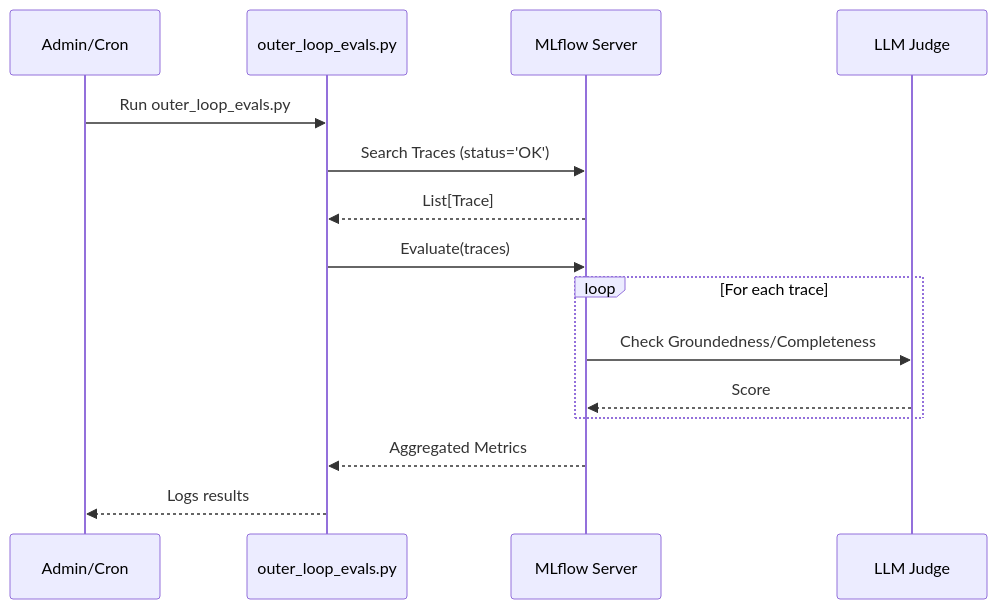
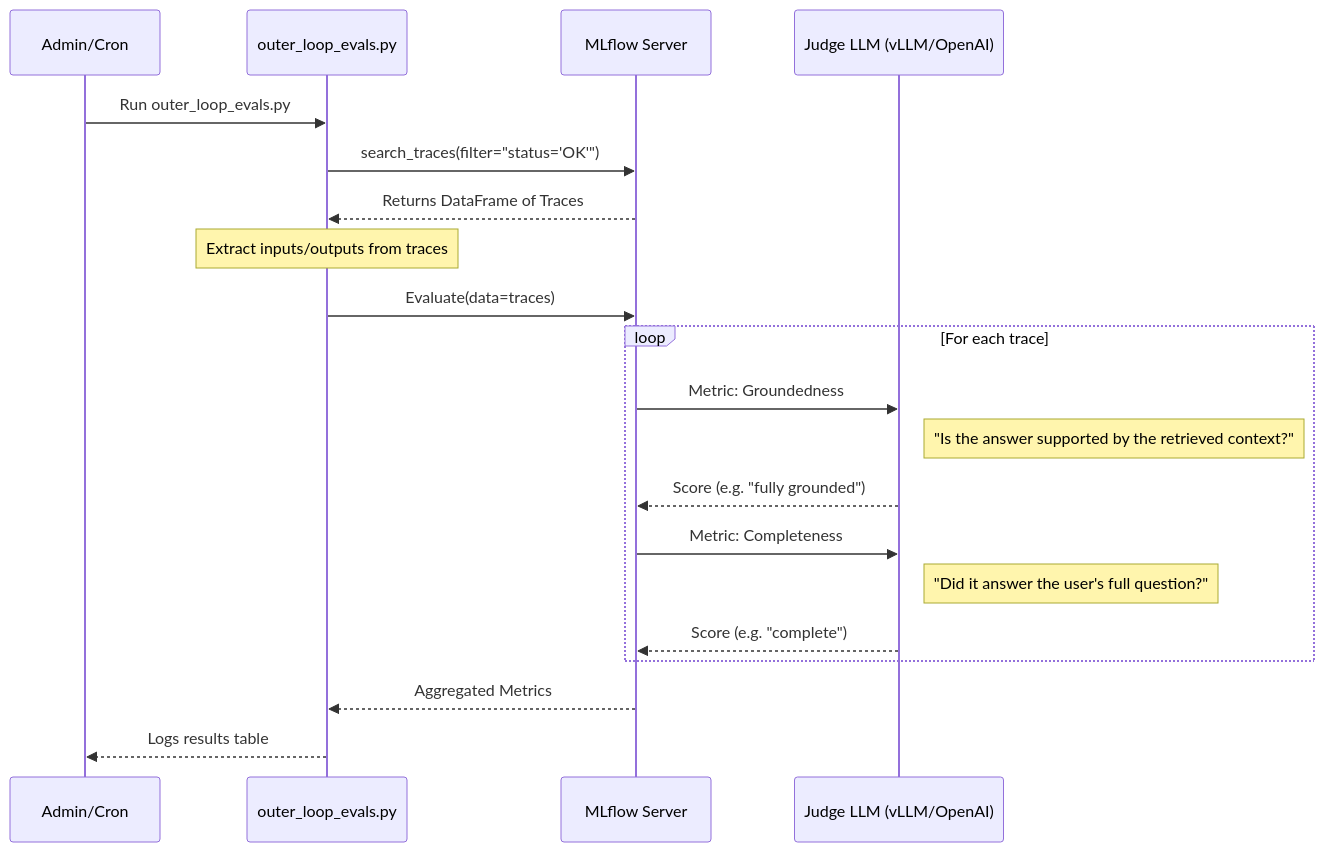
The fifth of 5 diagrams in README.md (briangallagher/demo_mlflow_agent_tracing), drawn with Mermaid before and after one commit. The commit also changed other lines of this file, not shown here.

````diff
--- a/README.md
+++ b/README.md
@@ -316,20 +323,28 @@
 ```mermaid
 sequenceDiagram
     participant User as Admin/Cron
     participant Script as outer_loop_evals.py
     participant MLflow as MLflow Server
-    participant Judge as LLM Judge
+    participant Judge as Judge LLM (vLLM/OpenAI)
 
     User->>Script: Run outer_loop_evals.py
-    Script->>MLflow: Search Traces (status='OK')
-    MLflow-->>Script: List[Trace]
+    Script->>MLflow: search_traces(filter="status='OK'")
+    MLflow-->>Script: Returns DataFrame of Traces
     
-    Script->>MLflow: Evaluate(traces)
+    Note over Script: Extract inputs/outputs from traces
+    
+    Script->>MLflow: Evaluate(data=traces)
+    
     loop For each trace
-        MLflow->>Judge: Check Groundedness/Completeness
-        Judge-->>MLflow: Score
+        MLflow->>Judge: Metric: Groundedness
+        Note right of Judge: "Is the answer supported by the retrieved context?"
+        Judge-->>MLflow: Score (e.g. "fully grounded")
+        
+        MLflow->>Judge: Metric: Completeness
+        Note right of Judge: "Did it answer the user's full question?"
+        Judge-->>MLflow: Score (e.g. "complete")
     end
     
     MLflow-->>Script: Aggregated Metrics
-    Script-->>User: Logs results
+    Script-->>User: Logs results table
 ```
````
